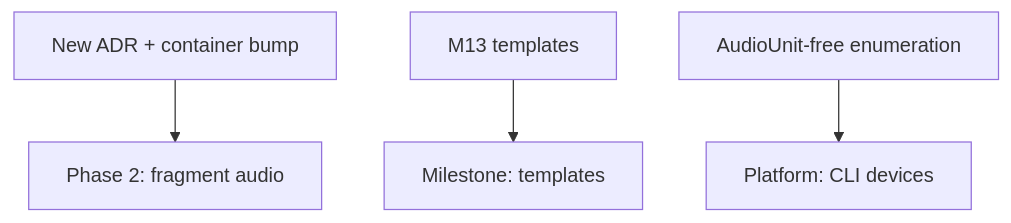
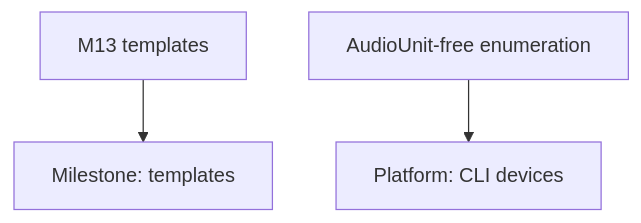
One commit to anvlkv/hey-listen changed the diagram in docs/archive/deferred.md. Above: the diagram before and after it, drawn with Mermaid. The commit also changed other lines of this file and 97 other files, not shown here.

````diff
--- a/docs/archive/deferred.md
+++ b/docs/archive/deferred.md
@@ -71,6 +71,5 @@
 ```mermaid
 graph TD
-    ADR[New ADR + container bump] --> P2[Phase 2: fragment audio]
     M13[M13 templates] --> P3[Milestone: templates]
     PLAT[AudioUnit-free enumeration] --> P4[Platform: CLI devices]
 ```
````
